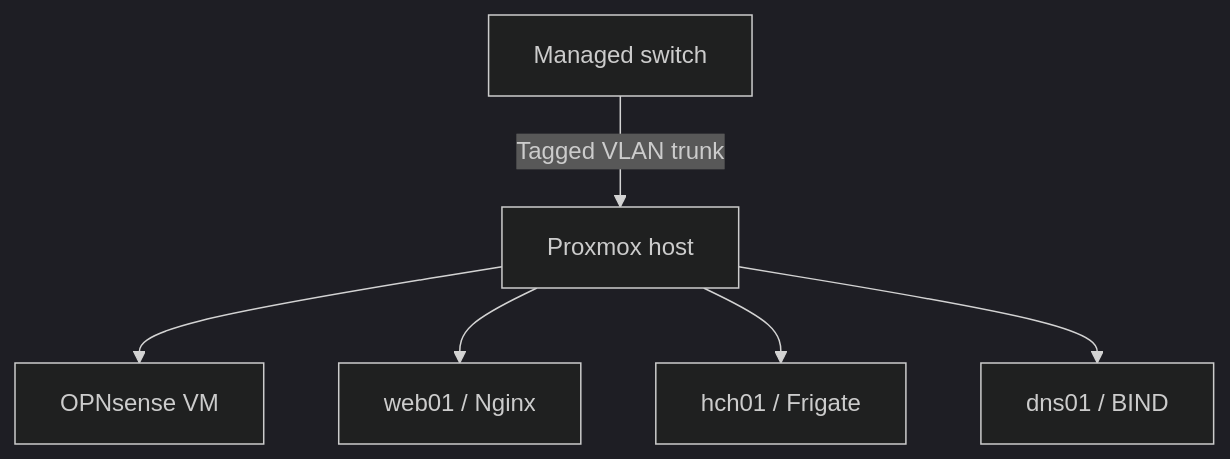
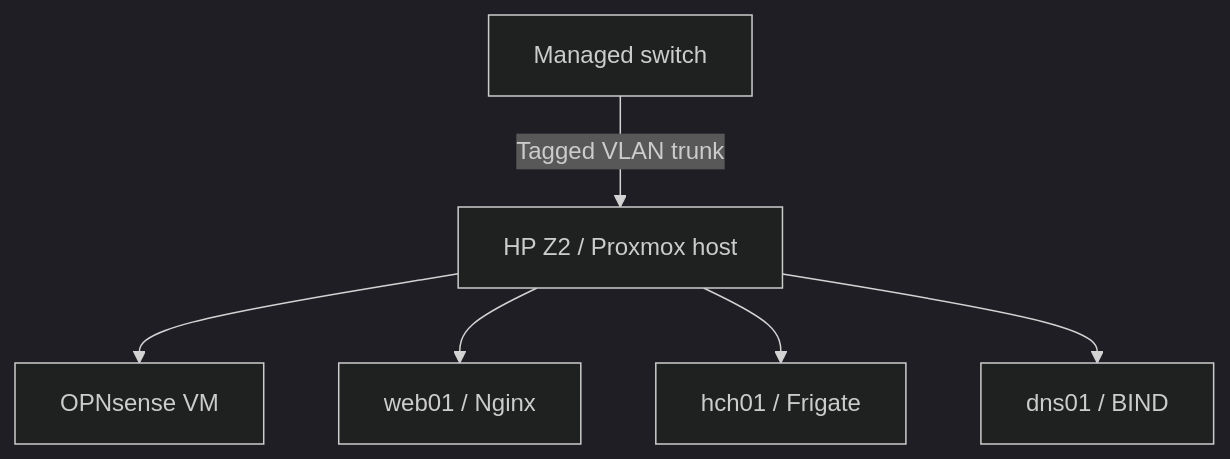
One commit to repo-sudo/infrastructure-portfolio changed the second of 2 diagrams in docs/network-topology.md. Above: the diagram before and after it, drawn with Mermaid (dark theme). The commit also changed other lines of this file and 1 other file, not shown here.

Commit message:
Show HP Z2 as the Proxmox host in topology

````diff
--- a/docs/network-topology.md
+++ b/docs/network-topology.md
@@ -23,8 +23,8 @@
 ```mermaid
 flowchart TB
-    switch["Managed switch"] -->|Tagged VLAN trunk| host["Proxmox host"]
+    switch["Managed switch"] -->|Tagged VLAN trunk| host["HP Z2 / Proxmox host"]
     host --> firewall["OPNsense VM"]
     host --> web["web01 / Nginx"]
     host --> control["hch01 / Frigate"]
     host --> dns["dns01 / BIND"]
 ```
````
